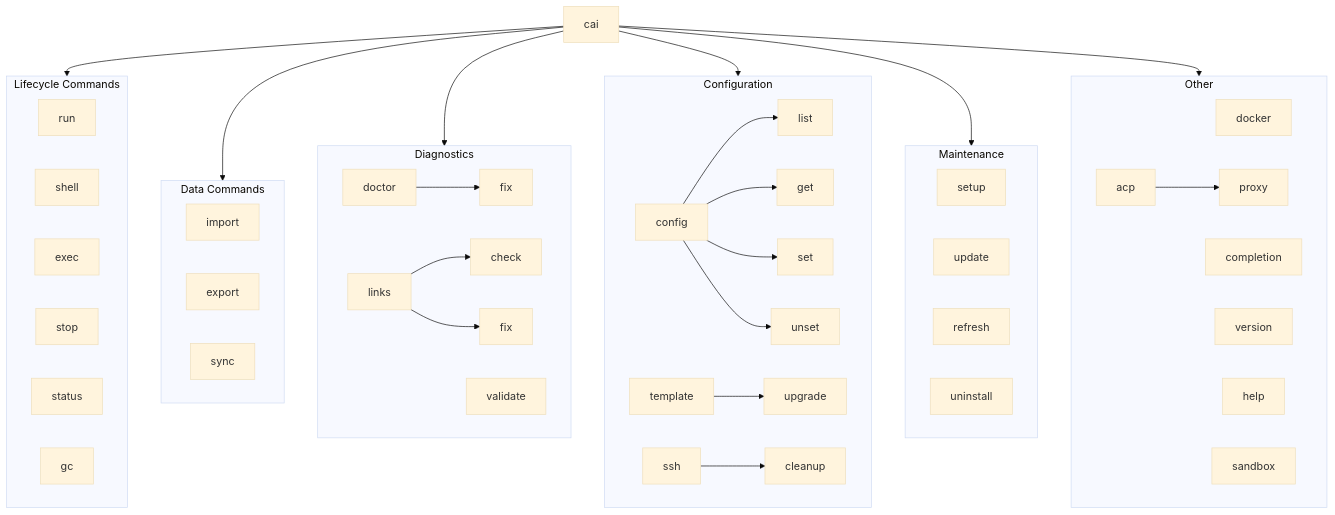
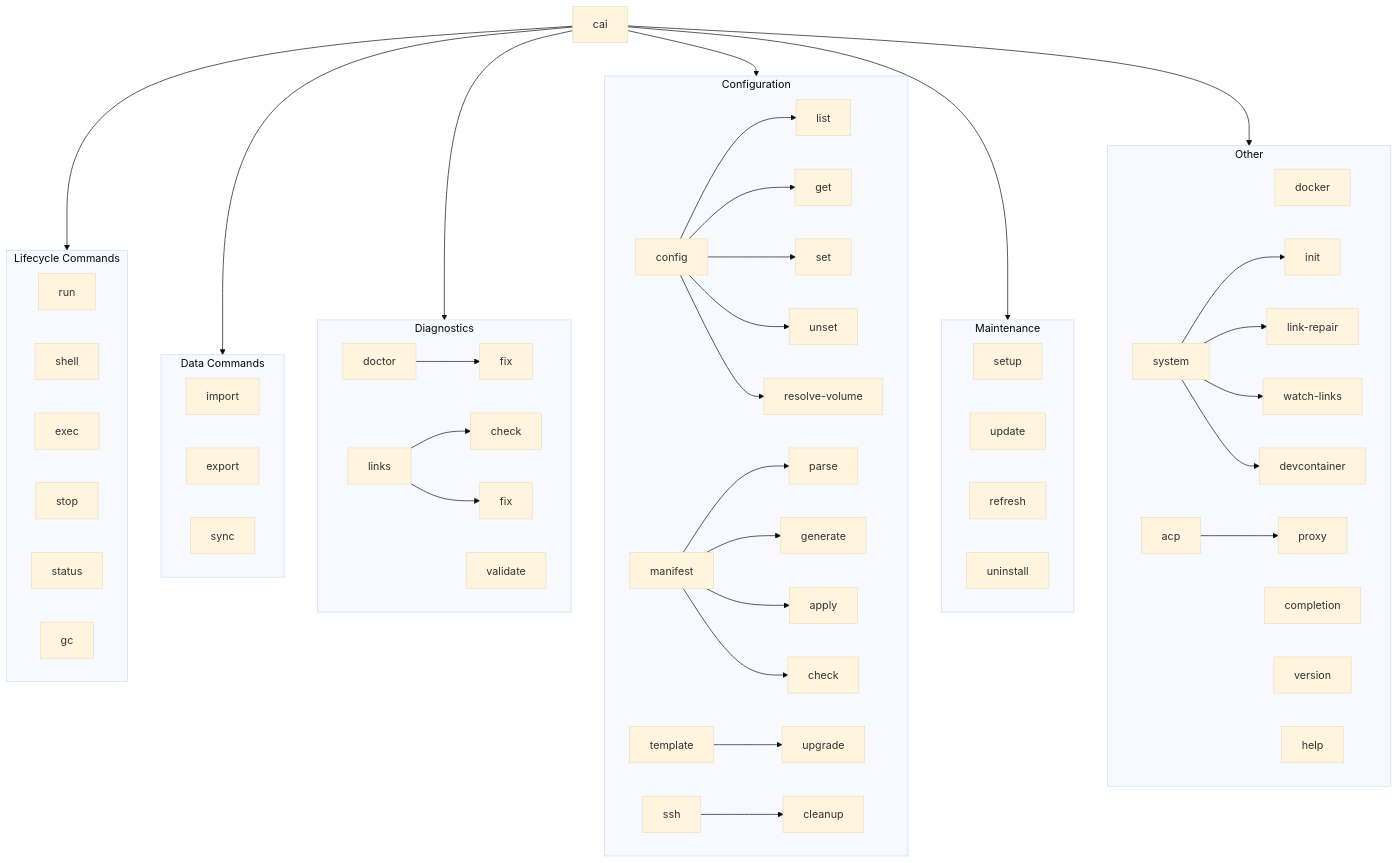
One commit to novotnyllc/ContainAI changed the diagram in docs/cli-reference.md. Above: the diagram before and after it, drawn with Mermaid. The commit also changed other lines of this file and 3 other files, not shown here.

Commit message:
docs: align reference and architecture with native static CLI

````diff
--- a/docs/cli-reference.md
+++ b/docs/cli-reference.md
@@ -84,6 +87,12 @@
         config_get[get]
         config_set[set]
         config_unset[unset]
+        config_resolve_volume[resolve-volume]
+        manifest[manifest]
+        manifest_parse[parse]
+        manifest_generate[generate]
+        manifest_apply[apply]
+        manifest_check[check]
         template[template]
         template_upgrade[upgrade]
         ssh_cmd[ssh]
@@ -99,12 +108,16 @@
 
     subgraph Other["Other"]
         docker_cmd[docker]
+        system_cmd[system]
+        system_init[init]
+        system_link_repair[link-repair]
+        system_watch_links[watch-links]
+        system_devcontainer[devcontainer]
         acp[acp]
         acp_proxy[proxy]
         completion[completion]
         version[version]
         help_cmd[help]
-        sandbox[sandbox]
     end
 
     cai --> Lifecycle
@@ -121,7 +134,16 @@
     config --> config_get
     config --> config_set
     config --> config_unset
+    config --> config_resolve_volume
+    manifest --> manifest_parse
+    manifest --> manifest_generate
+    manifest --> manifest_apply
+    manifest --> manifest_check
     template --> template_upgrade
     ssh_cmd --> ssh_cleanup
+    system_cmd --> system_init
+    system_cmd --> system_link_repair
+    system_cmd --> system_watch_links
+    system_cmd --> system_devcontainer
     acp --> acp_proxy
 ```
````
